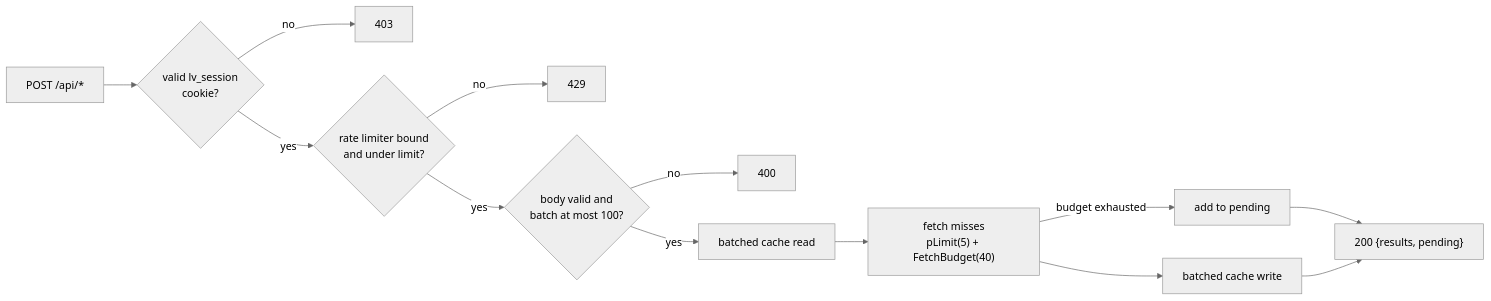
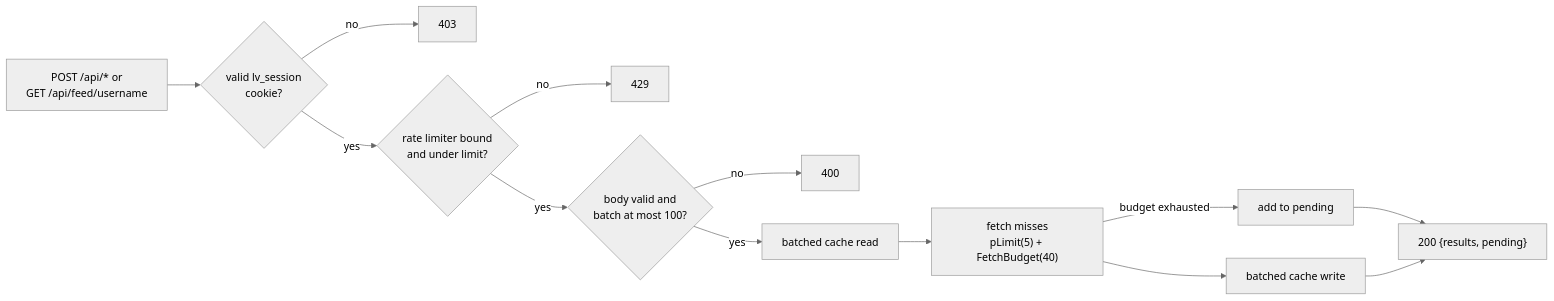
Before and after one commit to LaurinSorgend/letterboxd-vizard: the fifth of 26 diagrams in docs/ARCHITECTURE.md, drawn with Mermaid (neutral theme). The commit also changed other lines of this file, not shown here.

Commit message:
Document the username and RSS feed paths in the architecture doc

````diff
--- a/docs/ARCHITECTURE.md
+++ b/docs/ARCHITECTURE.md
@@ -143,15 +169,15 @@
 ```mermaid
 flowchart LR
-    req[POST /api/*] --> s{valid lv_session<br/>cookie?}
+    req["POST /api/* or<br/>GET /api/feed/username"] --> s{valid lv_session<br/>cookie?}
     s -- no --> r403[403]
     s -- yes --> rl{rate limiter bound<br/>and under limit?}
     rl -- no --> r429[429]
     rl -- yes --> v{"body valid and<br/>batch at most 100?"}
     v -- no --> r400[400]
     v -- yes --> cache[batched cache read]
     cache --> fetch["fetch misses<br/>pLimit(5) + FetchBudget(40)"]
     fetch -->|budget exhausted| pend[add to pending]
     fetch --> put[batched cache write]
     pend --> resp
     put --> resp["200 {results, pending}"]
 ```
````
